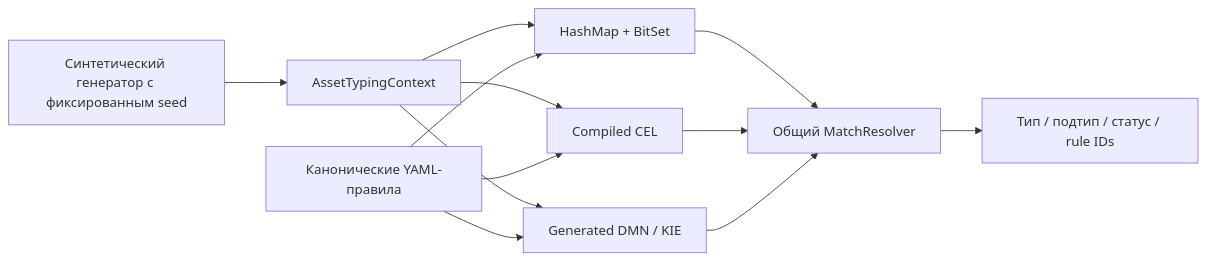
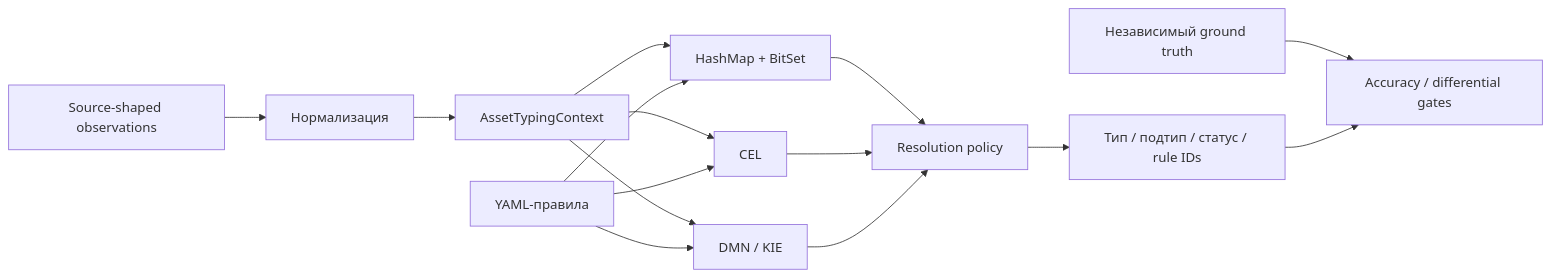
One commit to GAbra/itam-asset-typing-benchmark changed the diagram in README_RU.md. Above: the diagram before and after it, drawn with Mermaid. The commit also changed other lines of this file, not shown here.

````diff
--- a/README_RU.md
+++ b/README_RU.md
@@ -84,10 +97,13 @@
 ```mermaid
 flowchart LR
-    G[Синтетический генератор с фиксированным seed] --> C[AssetTypingContext]
+    S[Source-shaped observations] --> N[Нормализация]
+    N --> C[AssetTypingContext]
     C --> B[HashMap + BitSet]
-    C --> E[Compiled CEL]
-    C --> D[Generated DMN / KIE]
-    R[Канонические YAML-правила] --> B & E & D
-    B & E & D --> M[Общий MatchResolver]
-    M --> T[Тип / подтип / статус / rule IDs]
+    C --> E[CEL]
+    C --> D[DMN / KIE]
+    R[YAML-правила] --> B & E & D
+    B & E & D --> M[Resolution policy]
+    M --> O[Тип / подтип / статус / rule IDs]
+    T[Независимый ground truth] --> V[Accuracy / differential gates]
+    O --> V
 ```
````
